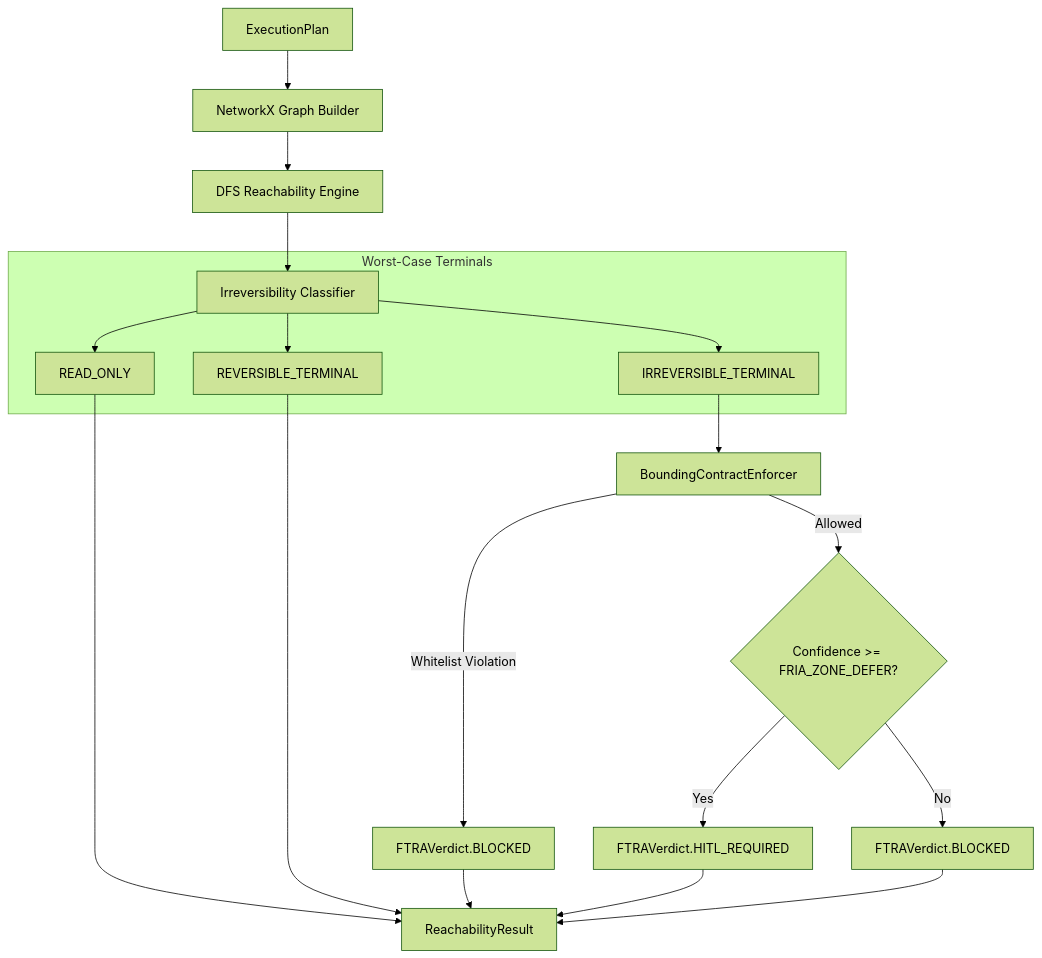
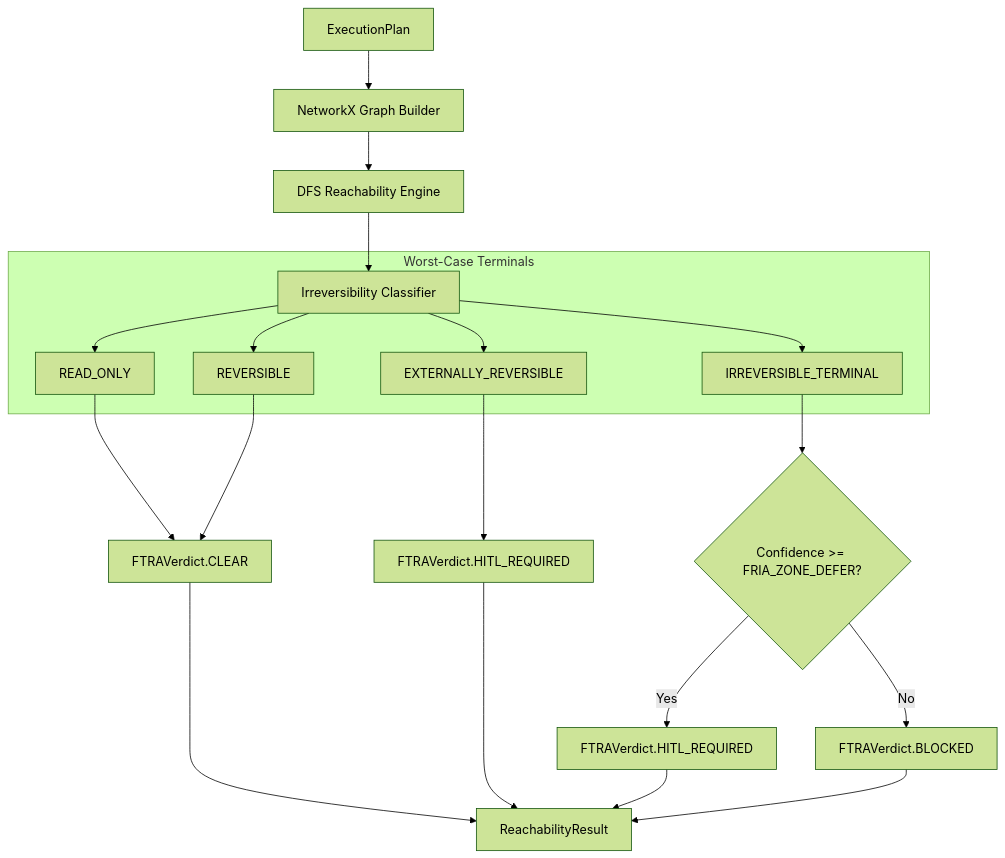
The diagram in docs/architecture/FTRA_REACHABILITY_ANALYZER.md (google/cybernetic-agent-governance-engine), drawn with Mermaid (forest theme) before and after one commit. The commit also changed other lines of this file and 33 other files, not shown here.

Commit message:
docs(docs): sync core and architecture docs with HEAD (#324)

````diff
--- a/docs/architecture/FTRA_REACHABILITY_ANALYZER.md
+++ b/docs/architecture/FTRA_REACHABILITY_ANALYZER.md
@@ -17,27 +22,27 @@
 ```mermaid
 flowchart TD
     Plan[ExecutionPlan] --> Builder[NetworkX Graph Builder]
     Builder --> DFS[DFS Reachability Engine]
     
     DFS --> Classifier[Irreversibility Classifier]
     
     subgraph Worst-Case Terminals
         Classifier --> RO[READ_ONLY]
-        Classifier --> RT[REVERSIBLE_TERMINAL]
+        Classifier --> RV[REVERSIBLE]
+        Classifier --> ER[EXTERNALLY_REVERSIBLE]
         Classifier --> IT[IRREVERSIBLE_TERMINAL]
     end
     
-    RO --> Result[ReachabilityResult]
-    RT --> Result
-    IT --> Bounds[BoundingContractEnforcer]
-    
-    Bounds -->|Whitelist Violation| Blocked[FTRAVerdict.BLOCKED]
-    Bounds -->|Allowed| ConfidenceCheck{Confidence >= FRIA_ZONE_DEFER?}
+    RO --> Clear[FTRAVerdict.CLEAR]
+    RV --> Clear
+    ER --> HITL2[FTRAVerdict.HITL_REQUIRED]
+    IT --> ConfidenceCheck{Confidence >= FRIA_ZONE_DEFER?}
     
     ConfidenceCheck -->|Yes| HITL[FTRAVerdict.HITL_REQUIRED]
-    ConfidenceCheck -->|No| Blocked2[FTRAVerdict.BLOCKED]
+    ConfidenceCheck -->|No| Blocked[FTRAVerdict.BLOCKED]
     
+    Clear --> Result[ReachabilityResult]
     HITL --> Result
+    HITL2 --> Result
     Blocked --> Result
-    Blocked2 --> Result
 ```
````
